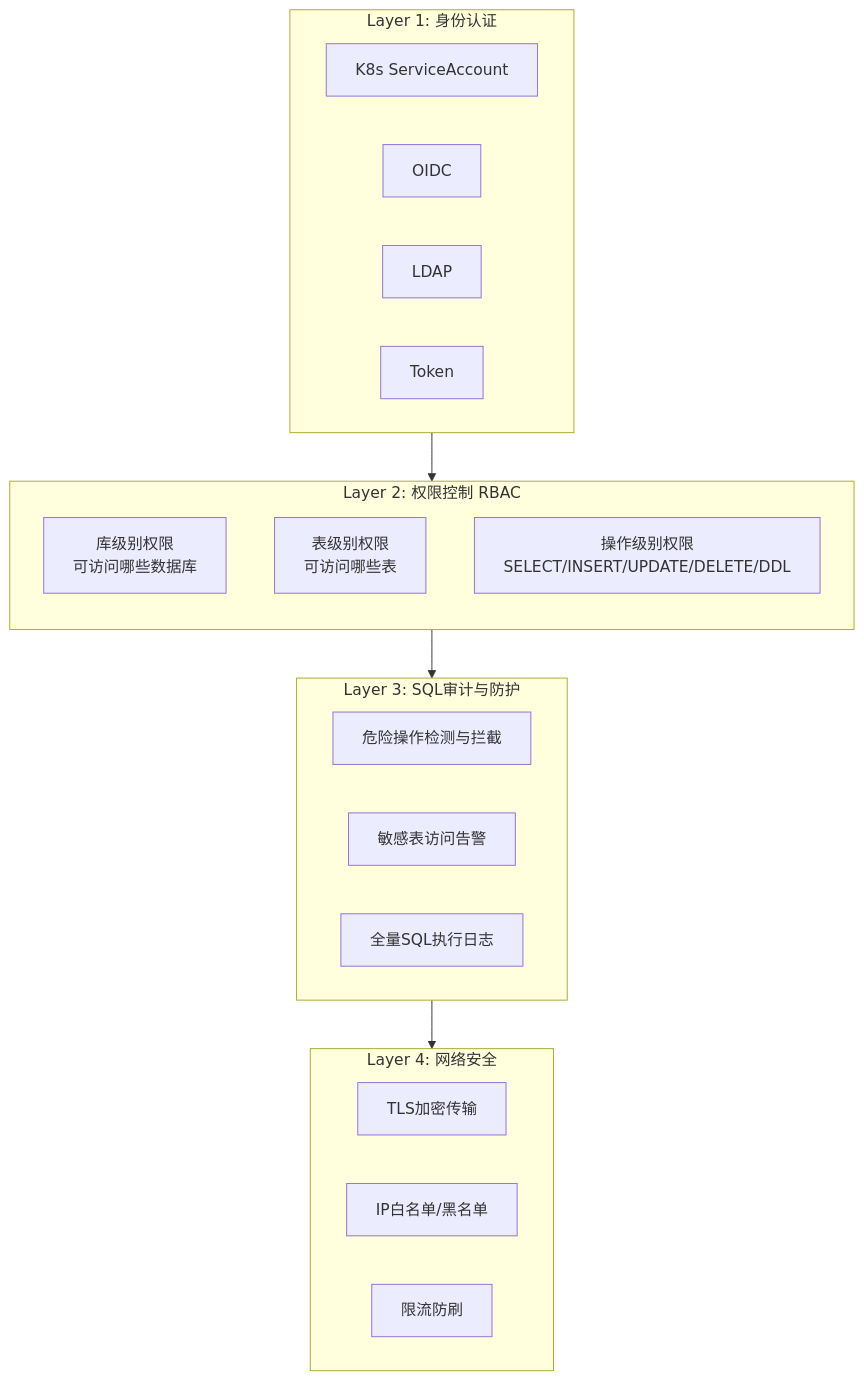
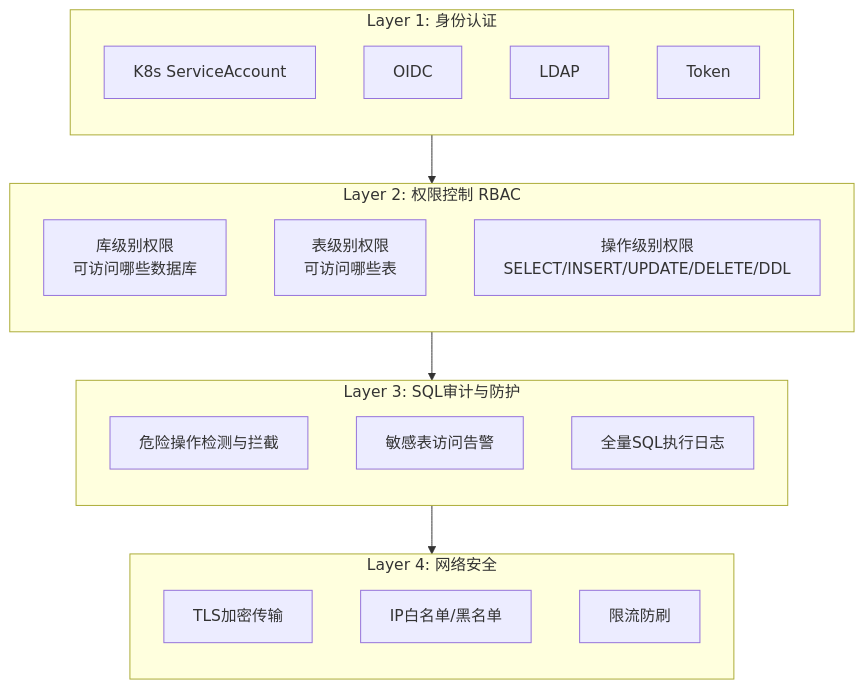
One commit to L-ios/MystiSql changed the third of 5 diagrams in README.MD. Above: the diagram before and after it, drawn with Mermaid. The commit also changed other lines of this file, not shown here.

Commit message:
调整README.MD 中的图片高度

````diff
--- a/README.MD
+++ b/README.MD
@@ -409,35 +341,35 @@
 ```mermaid
 flowchart TB
     subgraph L1[Layer 1: 身份认证]
-        direction LR
+        direction TB
         L1A[K8s ServiceAccount]
         L1B[OIDC]
         L1C[LDAP]
         L1D[Token]
     end
 
     subgraph L2[Layer 2: 权限控制 RBAC]
         direction TB
         L2A[库级别权限<br/>可访问哪些数据库]
         L2B[表级别权限<br/>可访问哪些表]
         L2C[操作级别权限<br/>SELECT/INSERT/UPDATE/DELETE/DDL]
     end
 
     subgraph L3[Layer 3: SQL审计与防护]
-        direction LR
+        direction TB
         L3A[危险操作检测与拦截]
         L3B[敏感表访问告警]
         L3C[全量SQL执行日志]
     end
 
     subgraph L4[Layer 4: 网络安全]
-        direction LR
+        direction TB
         L4A[TLS加密传输]
         L4B[IP白名单/黑名单]
         L4C[限流防刷]
     end
 
     L1 --> L2
     L2 --> L3
     L3 --> L4
 ```
````
